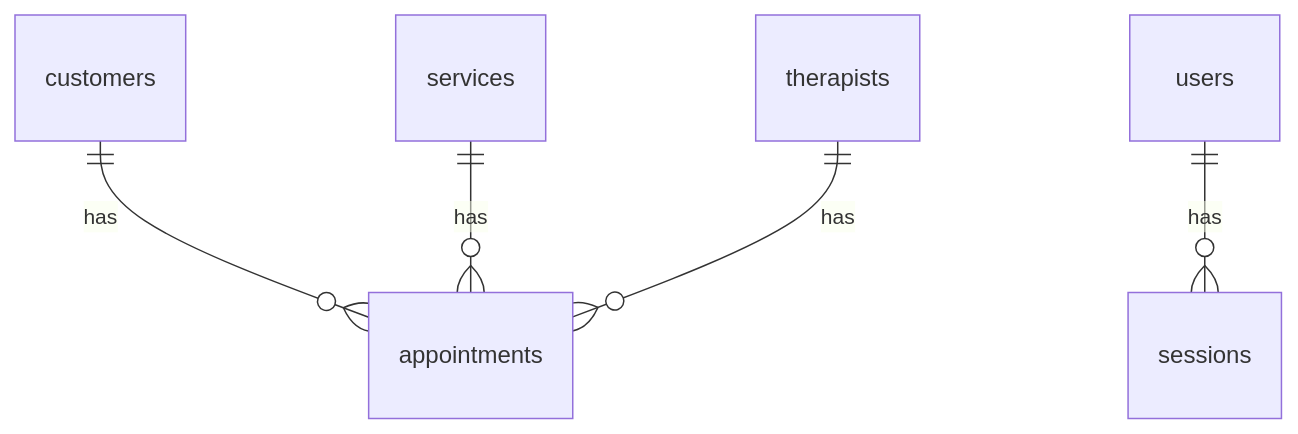
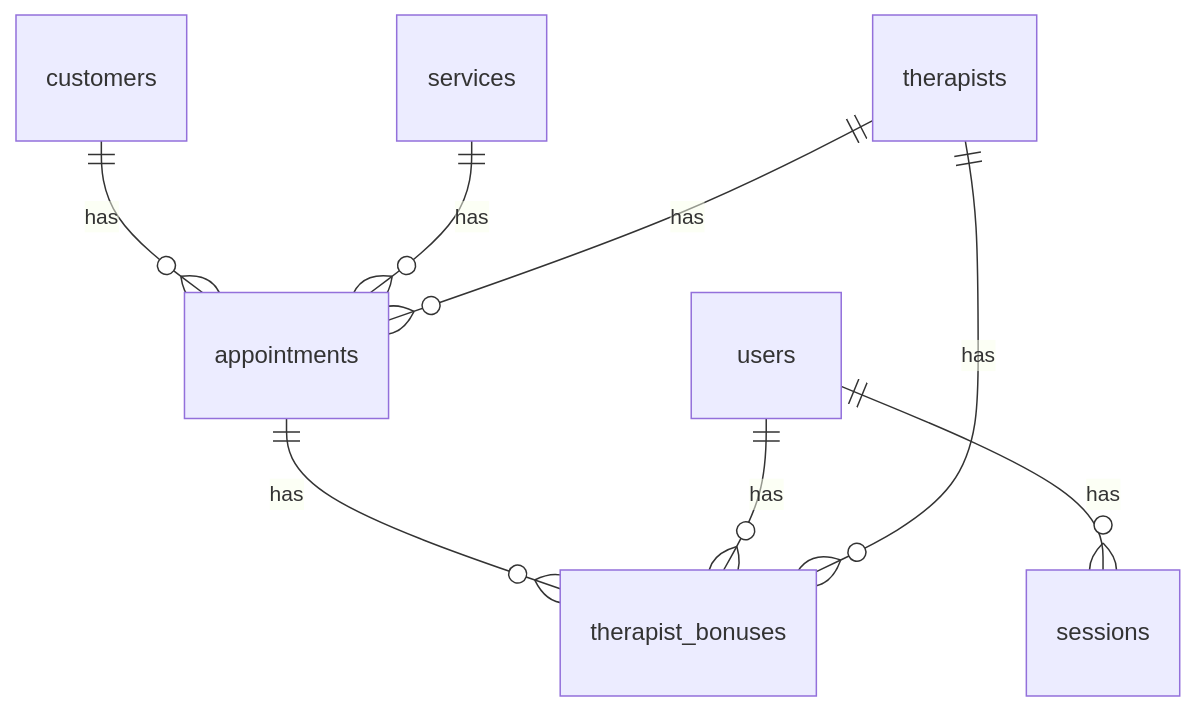
One commit to ashfaq11/management-backend changed the diagram in docs/schema.md. Above: the diagram before and after it, drawn with Mermaid. The commit also changed other lines of this file and 5 other files, not shown here.

Commit message:
Extra incentives: therapist_bonuses (migration 003), GET/POST/DELETE /api/bonuses, added to payslips (and PDF) and the incentives report

````diff
--- a/docs/schema.md
+++ b/docs/schema.md
@@ -8,7 +8,10 @@
 ```mermaid
 erDiagram
   customers ||--o{ appointments : has
   services ||--o{ appointments : has
   therapists ||--o{ appointments : has
   users ||--o{ sessions : has
+  appointments ||--o{ therapist_bonuses : has
+  users ||--o{ therapist_bonuses : has
+  therapists ||--o{ therapist_bonuses : has
 ```
````
